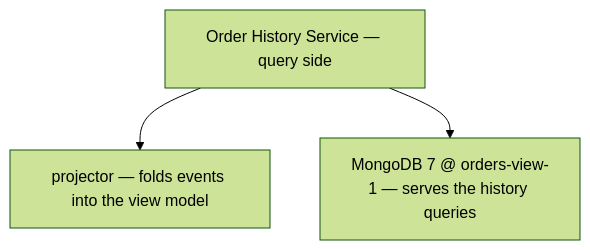
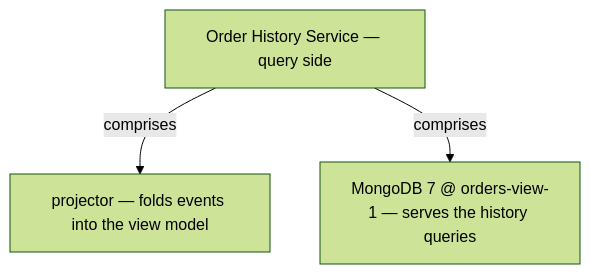
One commit to vinayakuber/microservices-io-study-guide changed the seventh of 13 diagrams in docs/ch22-cqrs.md. Above: the diagram before and after it, drawn with Mermaid (forest theme). The commit also changed other lines of this file and 71 other files, not shown here.

First line of the commit message:
R18: label every diagram arrow with its meaning

````diff
--- a/docs/ch22-cqrs.md
+++ b/docs/ch22-cqrs.md
@@ -243,6 +243,6 @@
 ```mermaid
 flowchart TD
   R["Order History Service — query side"]
-  R --> P0["projector — folds events into the view model"]
-  R --> P1["MongoDB 7 @ orders-view-1 — serves the history queries"]
+  R -->|"comprises"| P0["projector — folds events into the view model"]
+  R -->|"comprises"| P1["MongoDB 7 @ orders-view-1 — serves the history queries"]
 ```
````
